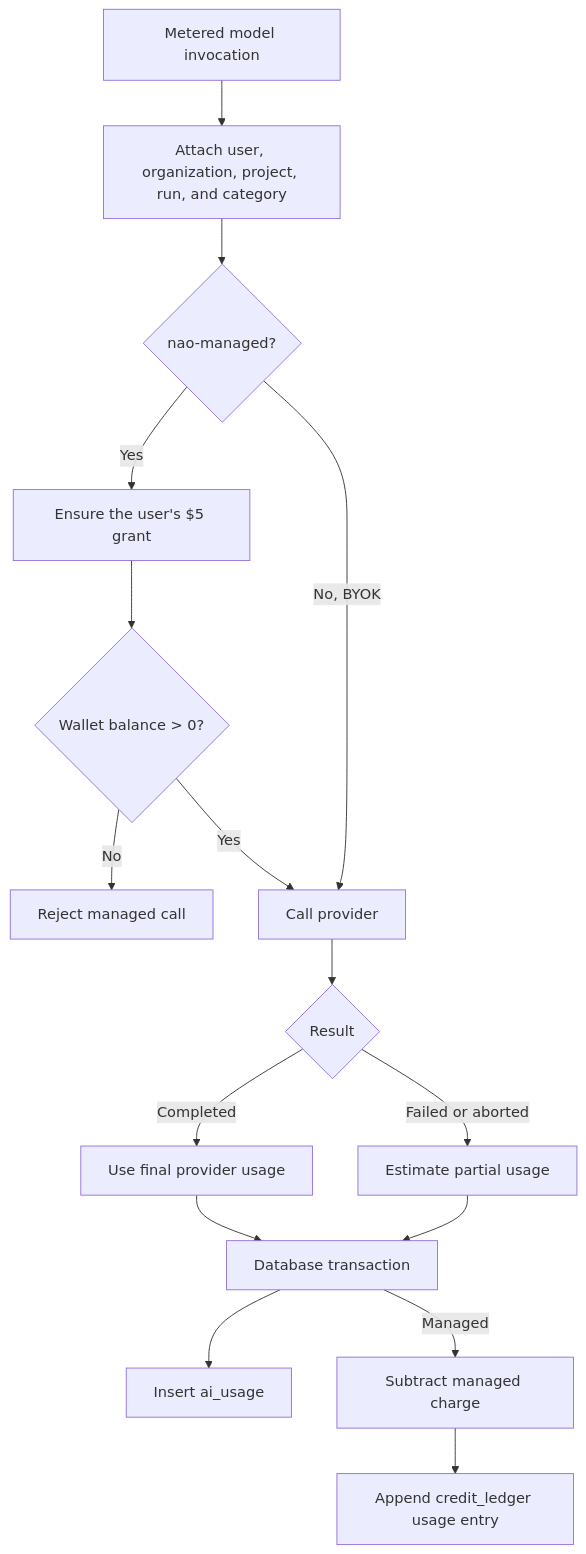
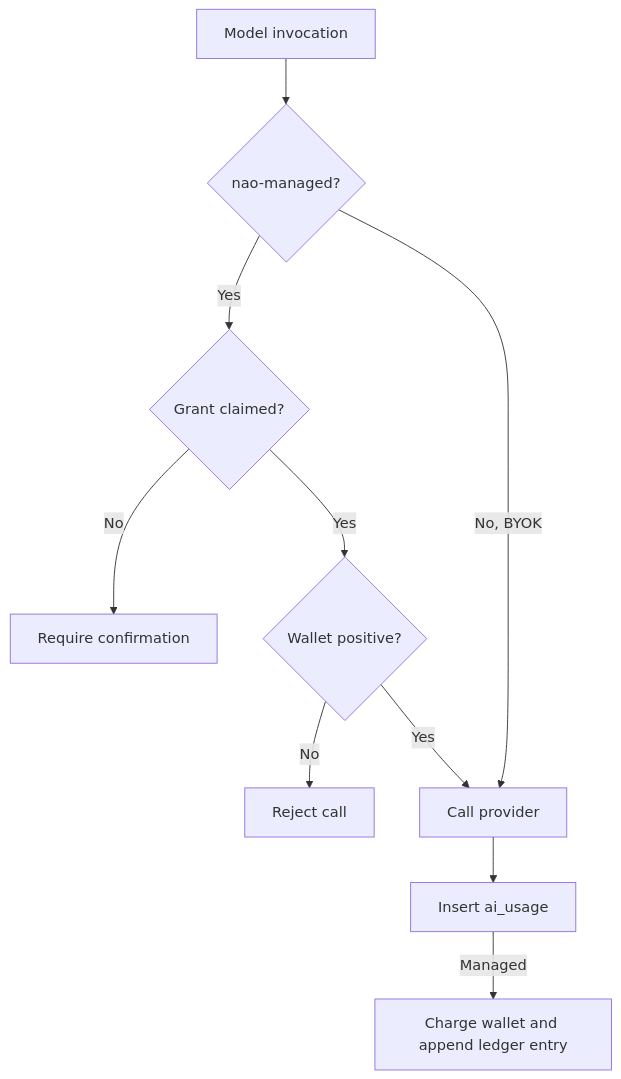
One commit to getnao/nao changed the second of 3 diagrams in nao-managed-ai-credits.md. Above: the diagram before and after it, drawn with Mermaid. The commit also changed other lines of this file and 15 other files, not shown here.

Commit message:
feat: confirm organization before claiming managed AI credits

````diff
--- a/nao-managed-ai-credits.md
+++ b/nao-managed-ai-credits.md
@@ -144,28 +52,12 @@
 ```mermaid
 flowchart TB
-    request["Metered model invocation"]
-    context["Attach user, organization, project, run, and category"]
-    managed{"nao-managed?"}
-    grant["Ensure the user's $5 grant"]
-    balance{"Wallet balance > 0?"}
-    provider["Call provider"]
-    result{"Result"}
-    exact["Use final provider usage"]
-    estimate["Estimate partial usage"]
-    transaction["Database transaction"]
-    usage["Insert ai_usage"]
-    charge["Subtract managed charge"]
-    ledger["Append credit_ledger usage entry"]
-    blocked["Reject managed call"]
-
-    request --> context --> managed
-    managed -->|Yes| grant --> balance
-    balance -->|No| blocked
-    balance -->|Yes| provider
+    request["Model invocation"] --> managed{"nao-managed?"}
+    managed -->|Yes| claimed{"Grant claimed?"}
+    claimed -->|No| confirm["Require confirmation"]
+    claimed -->|Yes| balance{"Wallet positive?"}
+    balance -->|No| blocked["Reject call"]
+    balance -->|Yes| provider["Call provider"]
     managed -->|No, BYOK| provider
-    provider --> result
-    result -->|Completed| exact --> transaction
-    result -->|Failed or aborted| estimate --> transaction
-    transaction --> usage
-    transaction -->|Managed| charge --> ledger
+    provider --> usage["Insert ai_usage"]
+    usage -->|Managed| charge["Charge wallet and append ledger entry"]
 ```
````
